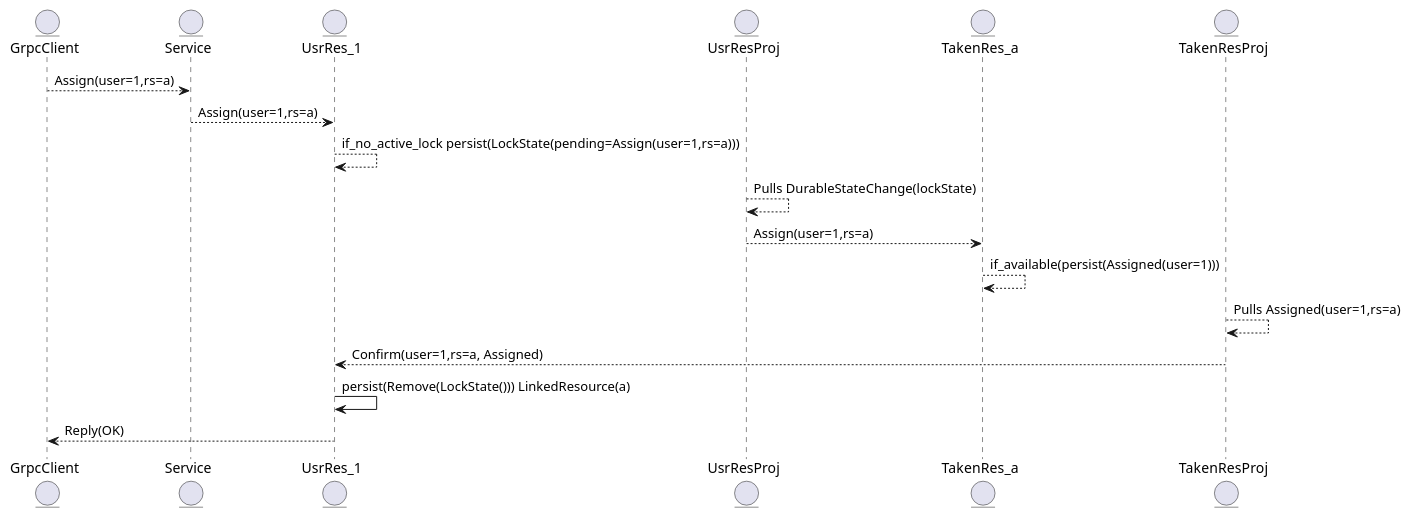
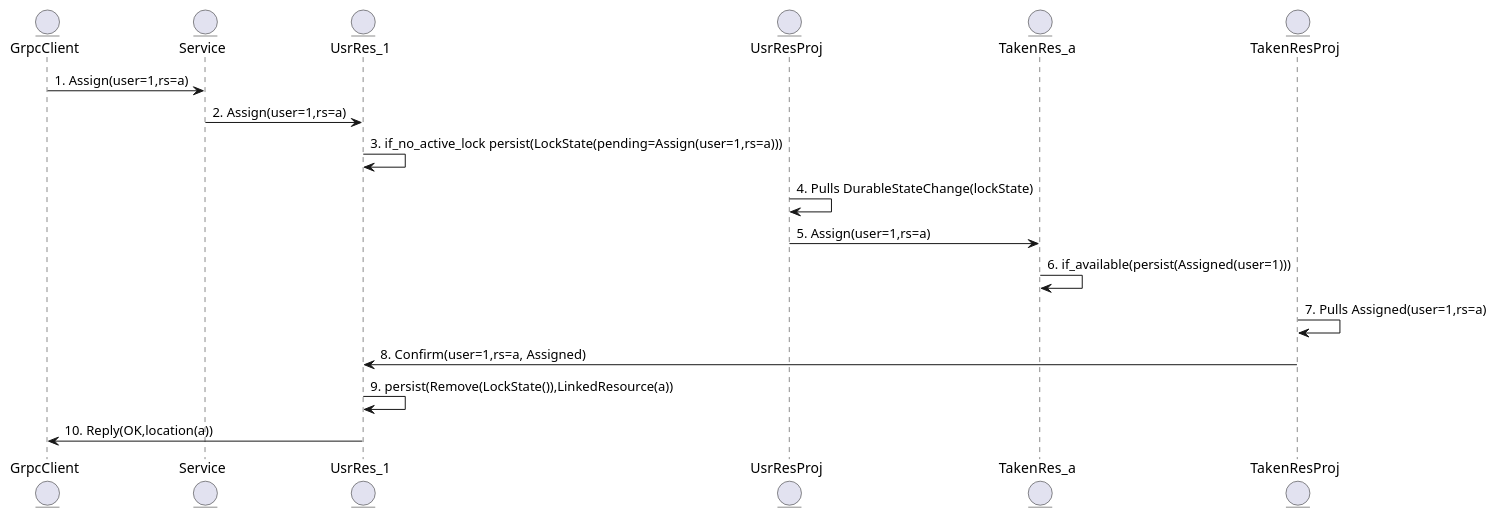
Before and after one commit to haghard/unique-resource-management: the first of 3 diagrams in diagrams.md, drawn with PlantUML. The commit also changed other lines of this file and 7 other files, not shown here.

Commit message:
diagrams2.md and docker-compose.yml with and without zipkin

````diff
--- a/diagrams.md
+++ b/diagrams.md
@@ -4,32 +8,32 @@
 ```plantuml
 @startuml
 
 entity GrpcClient
 
 entity Service
 
 entity UsrRes_1
 
 entity UsrResProj
 
 entity TakenRes_a
 
 entity TakenResProj
 
-GrpcClient --> Service: Assign(user=1,rs=a)
-Service --> UsrRes_1: Assign(user=1,rs=a)
-UsrRes_1 --> UsrRes_1: if_no_active_lock persist(LockState(pending=Assign(user=1,rs=a))) 
+GrpcClient -> Service:1. Assign(user=1,rs=a)
+Service -> UsrRes_1:2. Assign(user=1,rs=a)
+UsrRes_1 -> UsrRes_1:3. if_no_active_lock persist(LockState(pending=Assign(user=1,rs=a))) 
 
-UsrResProj --> UsrResProj: Pulls DurableStateChange(lockState) 
-UsrResProj --> TakenRes_a: Assign(user=1,rs=a) 
+UsrResProj -> UsrResProj:4. Pulls DurableStateChange(lockState) 
+UsrResProj -> TakenRes_a:5. Assign(user=1,rs=a) 
 
-TakenRes_a --> TakenRes_a: if_available(persist(Assigned(user=1)))  
+TakenRes_a -> TakenRes_a:6. if_available(persist(Assigned(user=1)))  
 
 
-TakenResProj --> TakenResProj: Pulls Assigned(user=1,rs=a)
-TakenResProj --> UsrRes_1: Confirm(user=1,rs=a, Assigned)
-UsrRes_1 -> UsrRes_1: persist(Remove(LockState())) LinkedResource(a)
-UsrRes_1 --> GrpcClient : Reply(OK)  
+TakenResProj -> TakenResProj:7. Pulls Assigned(user=1,rs=a)
+TakenResProj -> UsrRes_1:8. Confirm(user=1,rs=a, Assigned)
+UsrRes_1 -> UsrRes_1:9. persist(Remove(LockState()),LinkedResource(a))
+UsrRes_1 -> GrpcClient:10. Reply(OK,location(a))  
 
 @enduml
 ```
````
